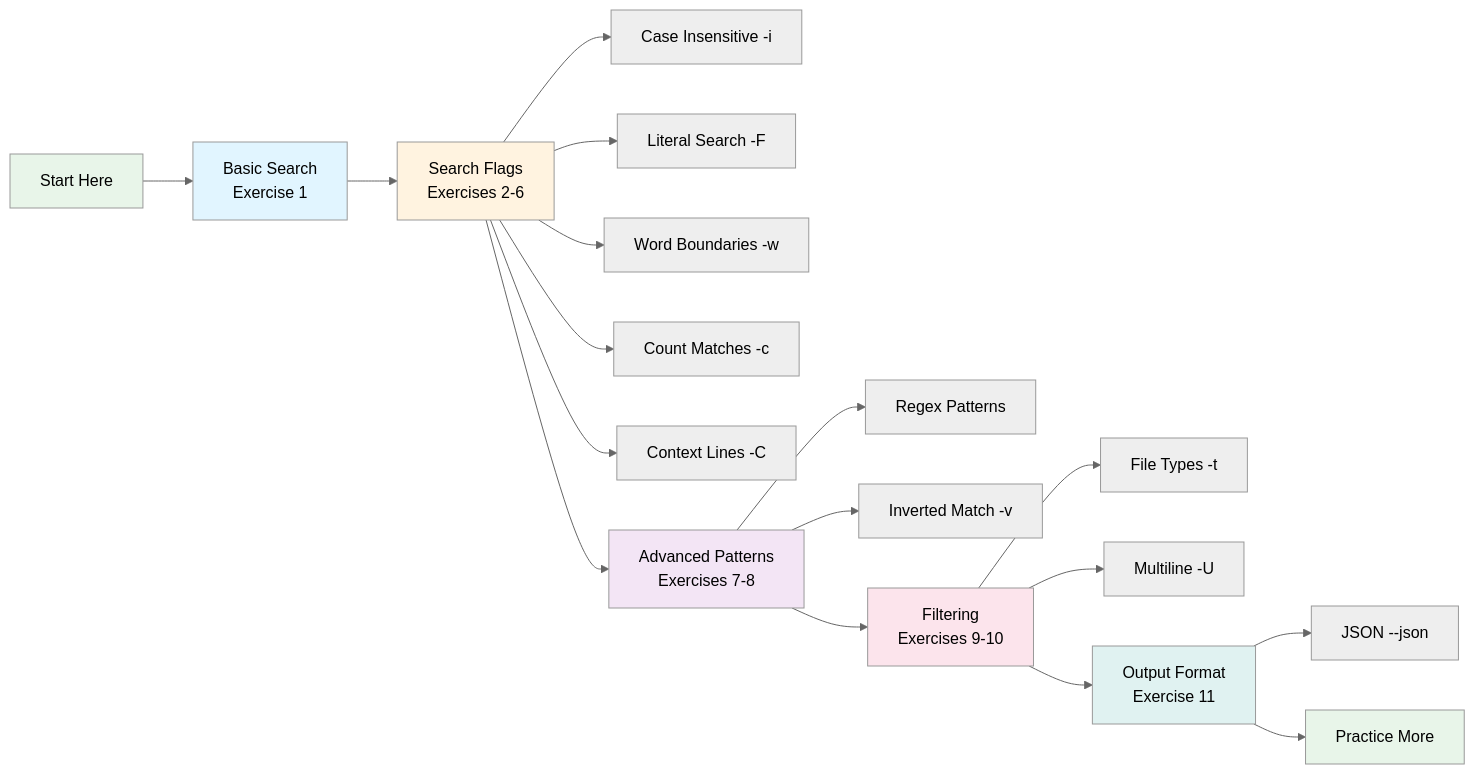
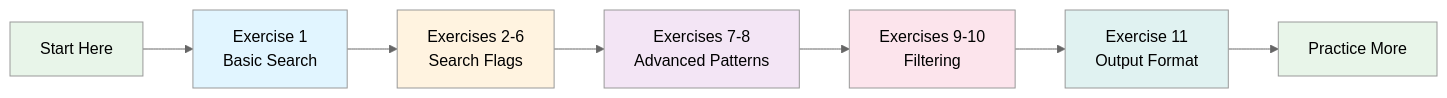
Before and after one commit to iepathos/ripgrep: the first of 2 diagrams in docs/basics/practice.md, drawn with Mermaid (neutral theme). The commit also changed 2 other files, not shown here.

Commit message:
feat: improve Mermaid diagram pattern recognition and guidance
Enhanced validation script to distinguish between different diagram patterns
and provide targeted fix recommendations instead of blanket TD→LR conversions.

Changes:
- Added pattern detection for wide trees vs linear progressions
- Wide trees (>8 parallel branches) → recommend LR conversion
- Linear progressions (long spine with branches) → recommend simplification
- Updated command docs with 3 diagram patterns and fix strategies
- Fixed practice.md diagram by simplifying instead of converting to LR

Validation improvements:
- Analyzes graph structure (adjacency, branching, reconvergence)
- Detects spine length and max branch width
- Provides context-aware warnings with specific fix suggestions

Command documentation now includes:
- Pattern 1: Wide Tree Diagram (convert TD→LR)
- Pattern 2: Linear Progression (simplify or use subgraphs)
- Pattern 3: Complex Network (split or accept if justified)
- Fix options for each pattern with examples

````diff
--- a/docs/basics/practice.md
+++ b/docs/basics/practice.md
@@ -10,36 +10,27 @@
 ```mermaid
 graph LR
-    Start[Start Here] --> Basic["Basic Search
-Exercise 1"]
-    Basic --> Flags["Search Flags
-Exercises 2-6"]
-    Flags --> Case[Case Insensitive -i]
-    Flags --> Literal[Literal Search -F]
-    Flags --> Word[Word Boundaries -w]
-    Flags --> Count[Count Matches -c]
-    Flags --> Context[Context Lines -C]
+    Start[Start Here] --> Basic["Exercise 1
+    Basic Search"]
 
-    Flags --> Advanced["Advanced Patterns
-Exercises 7-8"]
-    Advanced --> Regex[Regex Patterns]
-    Advanced --> Invert[Inverted Match -v]
+    Basic --> FlagsBox["Exercises 2-6
+    Search Flags"]
 
-    Advanced --> Filter["Filtering
-Exercises 9-10"]
-    Filter --> Type[File Types -t]
-    Filter --> Multi[Multiline -U]
+    FlagsBox --> AdvBox["Exercises 7-8
+    Advanced Patterns"]
 
-    Filter --> Output["Output Format
-Exercise 11"]
-    Output --> JSON[JSON --json]
+    AdvBox --> FilterBox["Exercises 9-10
+    Filtering"]
 
-    Output --> Practice[Practice More]
+    FilterBox --> OutputBox["Exercise 11
+    Output Format"]
+
+    OutputBox --> Practice[Practice More]
 
     style Start fill:#e8f5e9
     style Basic fill:#e1f5ff
-    style Flags fill:#fff3e0
-    style Advanced fill:#f3e5f5
-    style Filter fill:#fce4ec
-    style Output fill:#e0f2f1
+    style FlagsBox fill:#fff3e0
+    style AdvBox fill:#f3e5f5
+    style FilterBox fill:#fce4ec
+    style OutputBox fill:#e0f2f1
     style Practice fill:#e8f5e9
 ```
````
